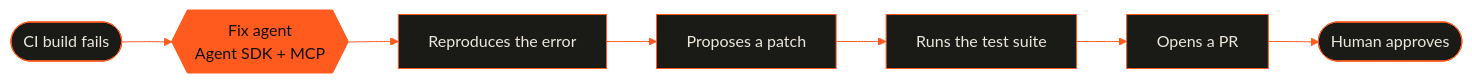
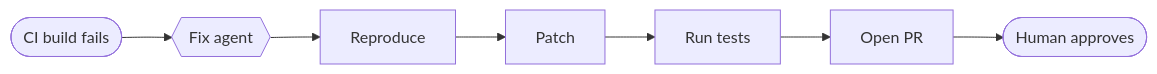
The diagram in README.md (Juand0014/Juand0014), drawn with Mermaid before and after one commit. The commit also changed other lines of this file and 2 other files, not shown here.

````diff
--- a/README.md
+++ b/README.md
@@ -38,12 +60,5 @@
 ```mermaid
-%%{init: {'theme':'base','themeVariables':{'primaryColor':'#1A1B17','primaryTextColor':'#EDE8DA','primaryBorderColor':'#FF5B1F','lineColor':'#FF5B1F','secondaryColor':'#1A1B17','tertiaryColor':'#0E0F0C','fontFamily':'trebuchet ms, verdana, arial, sans-serif'}}}%%
 flowchart LR
-    F(["CI build fails"]) --> A{{"Fix agent<br/>Agent SDK + MCP"}}
-    A --> R["Reproduces the error"]
-    R --> P["Proposes a patch"]
-    P --> T["Runs the test suite"]
-    T --> PR["Opens a PR"]
-    PR --> H(["Human approves"])
-    classDef hot fill:#FF5B1F,stroke:#FF5B1F,color:#0E0F0C;
-    class A hot;
+    F(["CI build fails"]) --> A{{"Fix agent"}}
+    A --> R["Reproduce"] --> P["Patch"] --> T["Run tests"] --> PR["Open PR"] --> H(["Human approves"])
 ```
````
